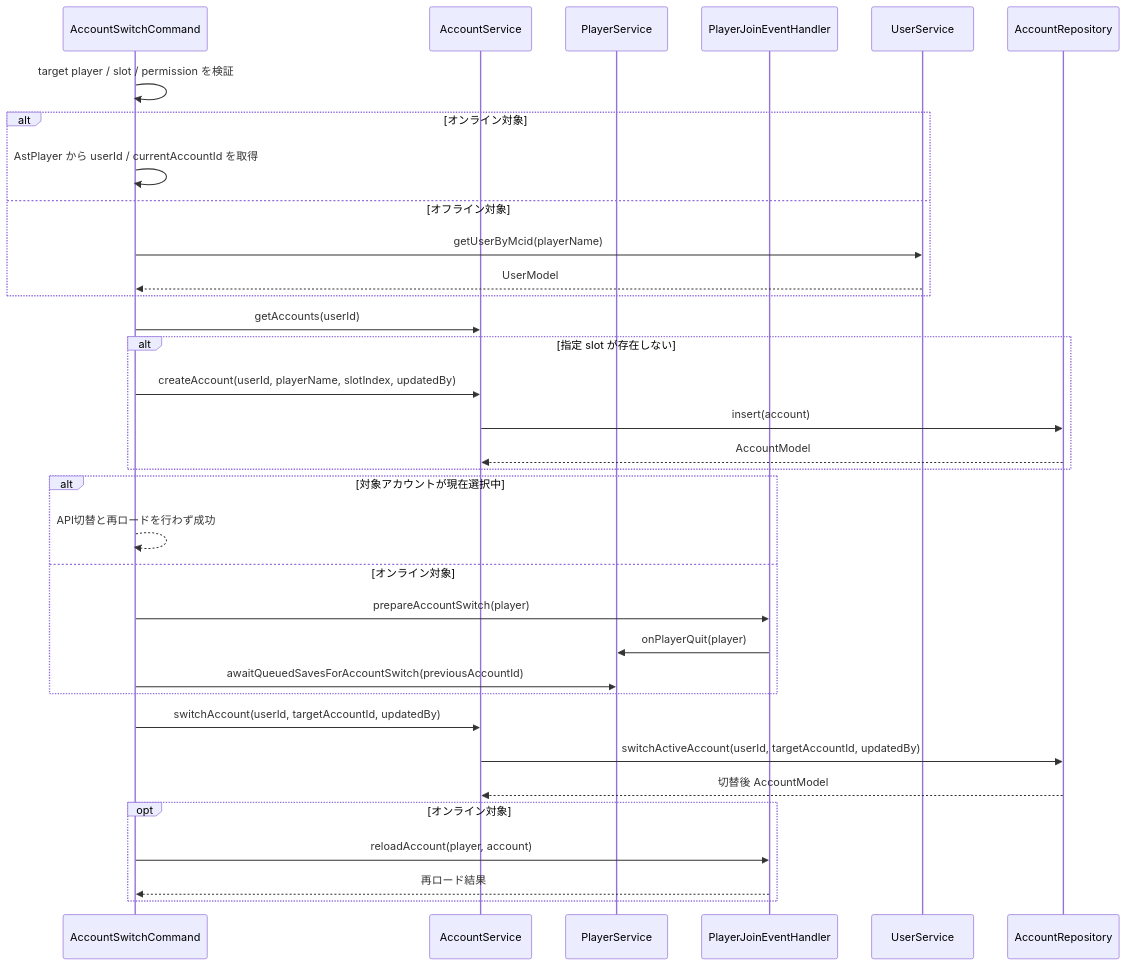
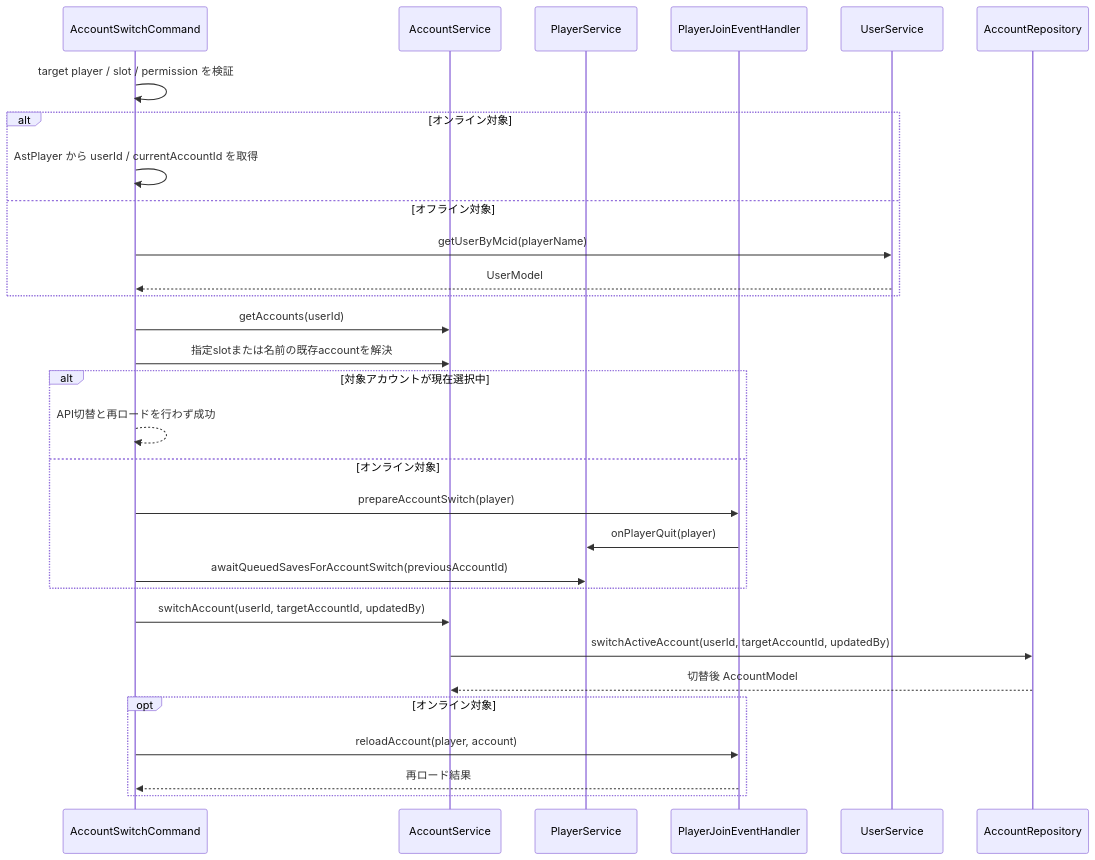
The second of 5 diagrams in 00_docs/10_Plugin設計書/feature/02-account/02_4-統合フロー.md (maaasu/AstralRecord-Workspace), drawn with Mermaid before and after one commit. The commit also changed other lines of this file and 4 other files, not shown here.

````diff
--- a/00_docs/10_Plugin設計書/feature/02-account/02_4-統合フロー.md
+++ b/00_docs/10_Plugin設計書/feature/02-account/02_4-統合フロー.md
@@ -35,37 +35,33 @@
 ```mermaid
 sequenceDiagram
     participant C as AccountSwitchCommand
     participant AS as AccountService
     participant PS as PlayerService
     participant JH as PlayerJoinEventHandler
     participant US as UserService
     participant AR as AccountRepository
 
     C->>C: target player / slot / permission を検証
     alt オンライン対象
         C->>C: AstPlayer から userId / currentAccountId を取得
     else オフライン対象
         C->>US: getUserByMcid(playerName)
         US-->>C: UserModel
     end
     C->>AS: getAccounts(userId)
-    alt 指定 slot が存在しない
-        C->>AS: createAccount(userId, playerName, slotIndex, updatedBy)
-        AS->>AR: insert(account)
-        AR-->>AS: AccountModel
-    end
+    C->>AS: 指定slotまたは名前の既存accountを解決
     alt 対象アカウントが現在選択中
         C-->>C: API切替と再ロードを行わず成功
     else オンライン対象
         C->>JH: prepareAccountSwitch(player)
         JH->>PS: onPlayerQuit(player)
         C->>PS: awaitQueuedSavesForAccountSwitch(previousAccountId)
     end
     C->>AS: switchAccount(userId, targetAccountId, updatedBy)
     AS->>AR: switchActiveAccount(userId, targetAccountId, updatedBy)
     AR-->>AS: 切替後 AccountModel
     opt オンライン対象
         C->>JH: reloadAccount(player, account)
         JH-->>C: 再ロード結果
     end
 ```
````
